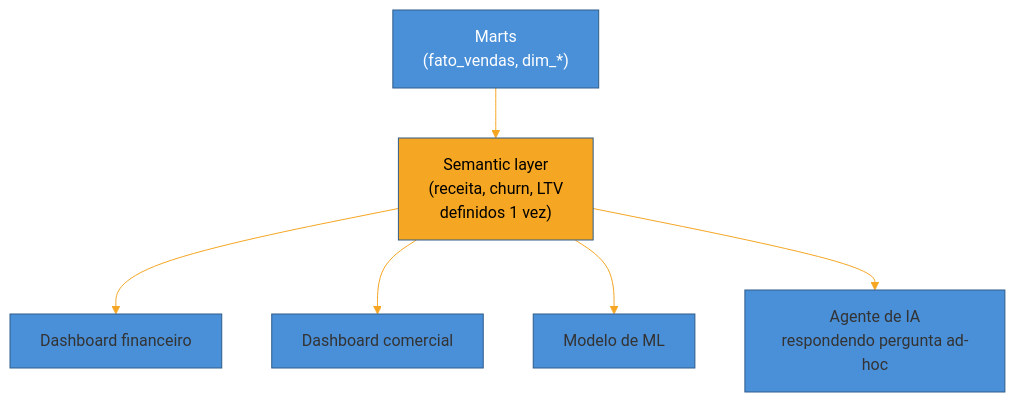
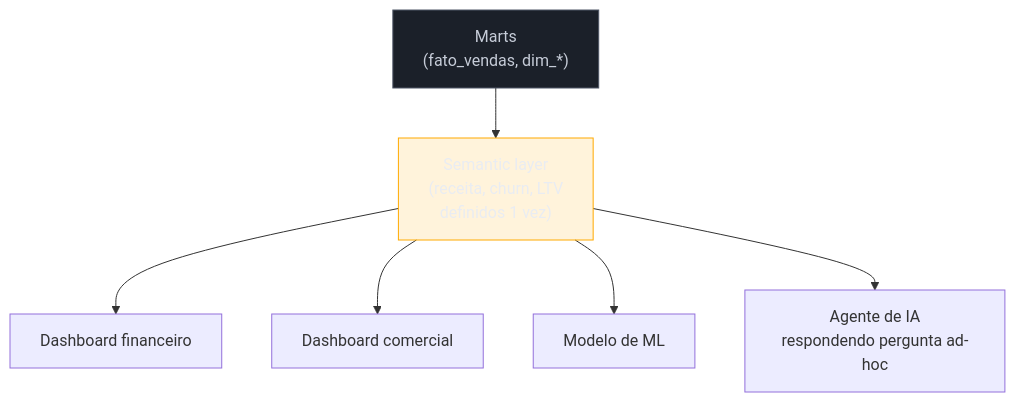
The second of 2 diagrams in 03-Dominios/Engenharia/Dados/3 - Pipelines - movimentação e transformação/03 - Transformação SQL-first.md (josenaldo/codex-technomanticus), drawn with Mermaid before and after one commit. The commit also changed other lines of this file and 1181 other files, not shown here.

First line of the commit message:
fix(diagramas): paleta do sistema no lugar de cor cravada no markdown

````diff
--- a/03-Dominios/Engenharia/Dados/3 - Pipelines - movimentação e transformação/03 - Transformação SQL-first.md
+++ b/03-Dominios/Engenharia/Dados/3 - Pipelines - movimentação e transformação/03 - Transformação SQL-first.md
@@ -202,12 +204,13 @@
 ```mermaid
-%%{init: {"theme": "base", "themeVariables": {"primaryColor": "#4A90D9", "primaryBorderColor": "#2E5C8A", "lineColor": "#F5A623"}}}%%
 graph TB
+    classDef neutro fill:#1B2029,stroke:#4E5666,color:#C6CCD8
+    classDef destaque fill:#FFAA0024,stroke:#FFAA00,color:#E9ECF2
     Marts["Marts<br/>(fato_vendas, dim_*)"] --> SL["Semantic layer<br/>(receita, churn, LTV<br/>definidos 1 vez)"]
     SL --> BI1["Dashboard financeiro"]
     SL --> BI2["Dashboard comercial"]
     SL --> BI3["Modelo de ML"]
     SL --> BI4["Agente de IA<br/>respondendo pergunta ad-hoc"]
 
-    style Marts fill:#4A90D9,color:#fff
-    style SL fill:#F5A623,color:#000
+    class Marts neutro
+    class SL destaque
 ```
````
